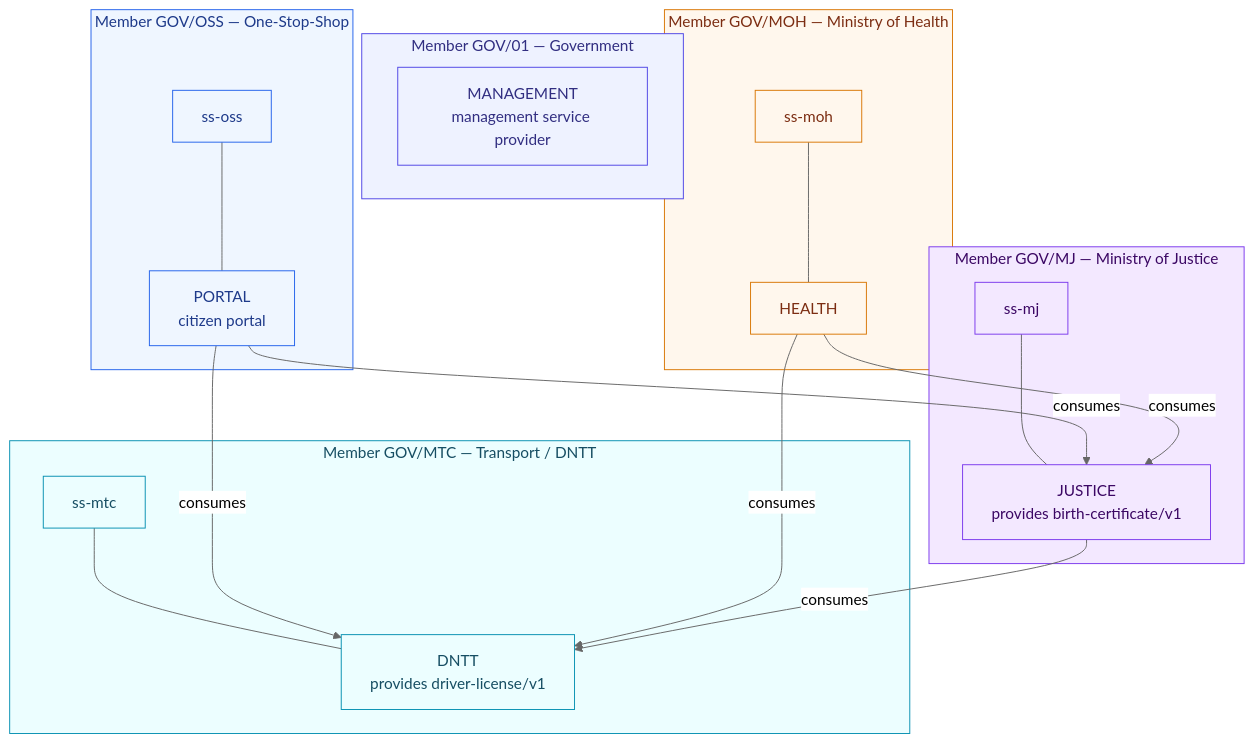
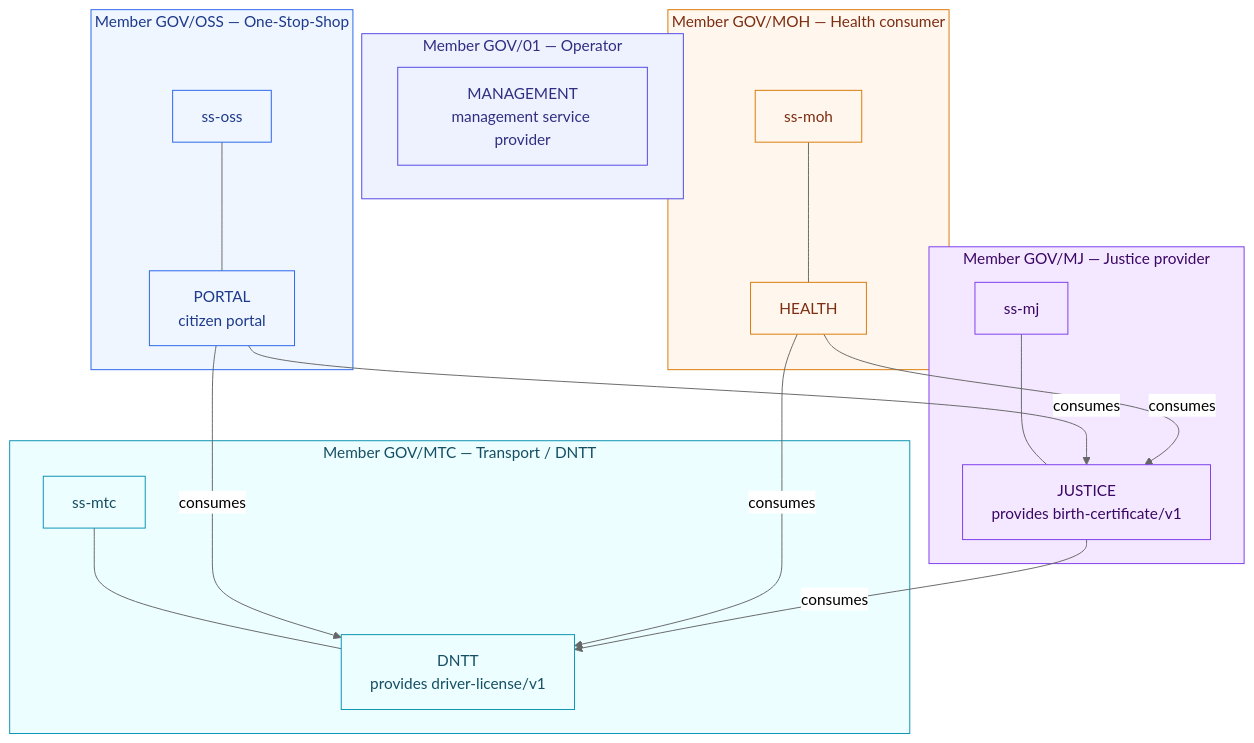
One commit to paulo-amaral/xroad-simulator changed the second of 2 diagrams in docs/concepts.md. Above: the diagram before and after it, drawn with Mermaid (neutral theme). The commit also changed other lines of this file and 13 other files, not shown here.

Commit message:
refactor: rename government entities to generic member terminology across documentation and sandbox configurations

````diff
--- a/docs/concepts.md
+++ b/docs/concepts.md
@@ -58,35 +58,35 @@
 ```mermaid
 graph TB
-  subgraph GOVT[Member GOV/01 — Government]
+  subgraph GOVT[Member GOV/01 — Operator]
     MGMT[MANAGEMENT<br/>management service provider]
   end
-  subgraph MJ[Member GOV/MJ — Ministry of Justice]
+  subgraph MJ[Member GOV/MJ — Justice provider]
     SMJ[ss-mj] --- JUSTICE[JUSTICE<br/>provides birth-certificate/v1]
   end
-  subgraph MOH[Member GOV/MOH — Ministry of Health]
+  subgraph MOH[Member GOV/MOH — Health consumer]
     SMOH[ss-moh] --- HEALTH[HEALTH]
   end
   subgraph MTC[Member GOV/MTC — Transport / DNTT]
     SMTC[ss-mtc] --- DNTT[DNTT<br/>provides driver-license/v1]
   end
   subgraph OSS[Member GOV/OSS — One-Stop-Shop]
     SOSS[ss-oss] --- PORTAL[PORTAL<br/>citizen portal]
   end
 
   PORTAL -->|consumes| JUSTICE
   PORTAL -->|consumes| DNTT
   HEALTH -->|consumes| JUSTICE
   HEALTH -->|consumes| DNTT
   JUSTICE -->|consumes| DNTT
 
   classDef gov fill:#eef2ff,stroke:#4f46e5,color:#312e81;
   classDef mj fill:#f3e8ff,stroke:#7c3aed,color:#3b0764;
   classDef moh fill:#fff7ed,stroke:#d97706,color:#7c2d12;
   classDef mtc fill:#ecfeff,stroke:#0891b2,color:#164e63;
   classDef oss fill:#eff6ff,stroke:#2563eb,color:#1e3a8a;
   class GOVT,MGMT gov;
   class MJ,SMJ,JUSTICE mj;
   class MOH,SMOH,HEALTH moh;
   class MTC,SMTC,DNTT mtc;
   class OSS,SOSS,PORTAL oss;
 ```
````
